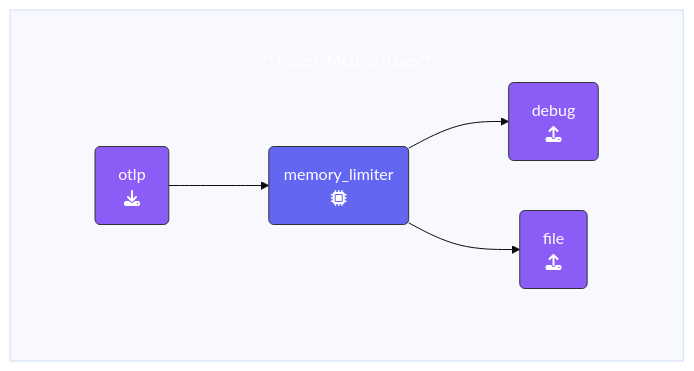
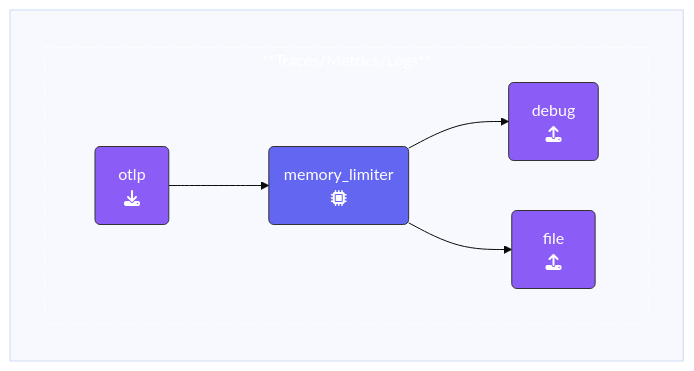
The diagram in content/en/ninja-workshops/10-advanced-otel/1-agent/1-3-fileexporter/_index.md (splunk/observability-workshop), drawn with Mermaid (base theme) before and after one commit. The commit also changed other lines of this file, not shown here.

Commit message:
Formatting fixes

````diff
--- a/content/en/ninja-workshops/10-advanced-otel/1-agent/1-3-fileexporter/_index.md
+++ b/content/en/ninja-workshops/10-advanced-otel/1-agent/1-3-fileexporter/_index.md
@@ -50,23 +48,22 @@
 ```mermaid
-%%{init:{"fontFamily":"monospace"}}%%
-graph LR
+flowchart LR
     %% Nodes
       REC1(&nbsp;&nbsp;otlp&nbsp;&nbsp;<br>fa:fa-download):::receiver
       PRO1(memory_limiter<br>fa:fa-microchip):::processor
       EXP1(&ensp;debug&ensp;<br>fa:fa-upload):::exporter
-      EXP2(&ensp;file&ensp;<br>fa:fa-upload):::exporter
+      EXP2(&ensp;&ensp;file&ensp;&ensp;<br>fa:fa-upload):::exporter
     %% Links
     subID1:::sub-traces
     subgraph " "
       subgraph subID1[**Traces/Metrics/Logs**]
       direction LR
       REC1 --> PRO1
       PRO1 --> EXP1
       PRO1 --> EXP2
       end
     end
 classDef receiver,exporter fill:#8b5cf6,stroke:#333,stroke-width:1px,color:#fff;
 classDef processor fill:#6366f1,stroke:#333,stroke-width:1px,color:#fff;
 classDef con-receive,con-export fill:#45c175,stroke:#333,stroke-width:1px,color:#fff;
 classDef sub-traces stroke:#fff,stroke-width:1px, color:#fff,stroke-dasharray: 3 3;
 ```
````
